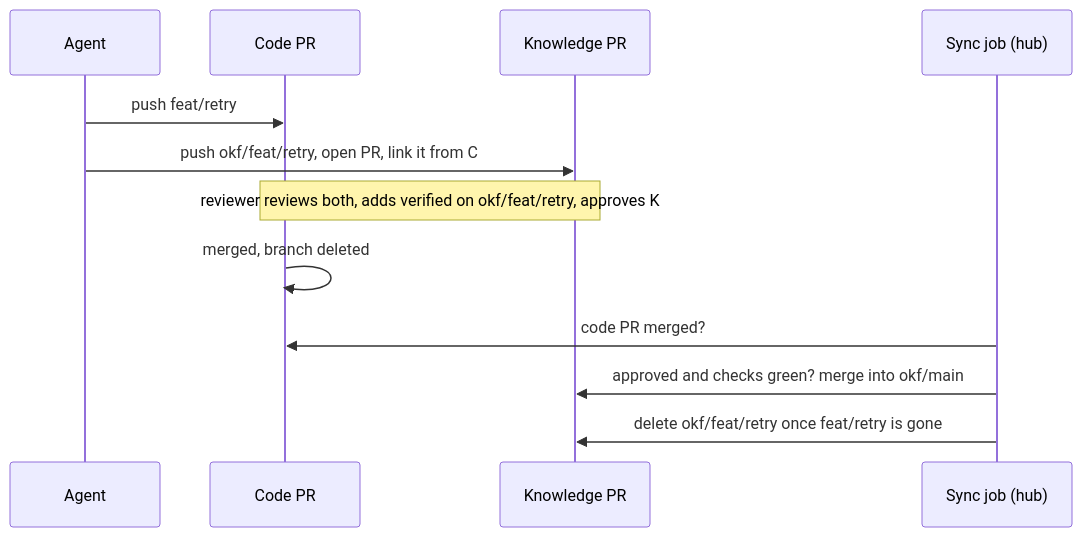
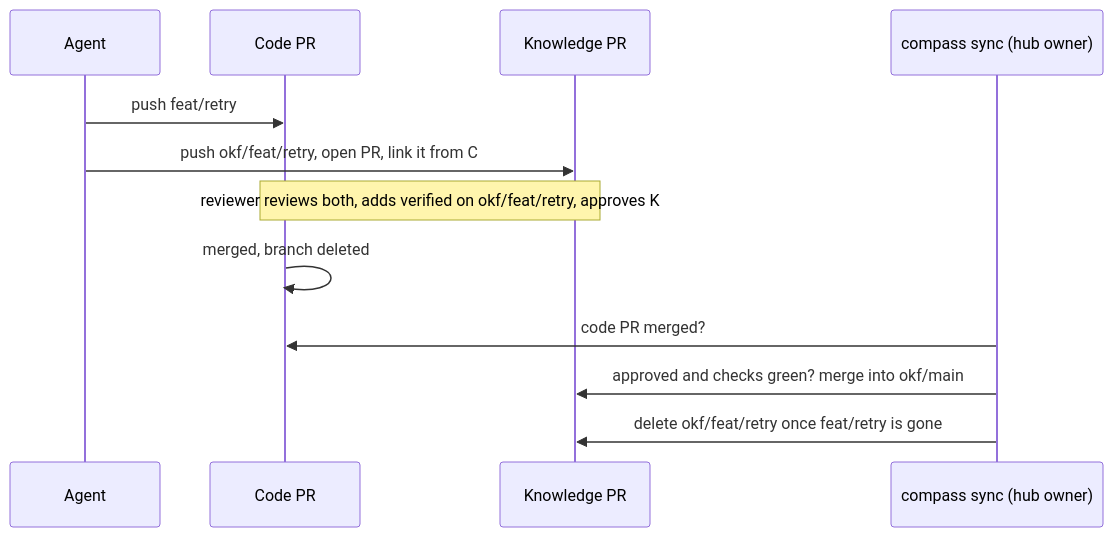
Before and after one commit to tuan-nng/compass: the third of 4 diagrams in docs/design/okf-knowledge-system-ux.md, drawn with Mermaid. The commit also changed other lines of this file and 2 other files, not shown here.

First line of the commit message:
docs: describe compass in place of okf-tools scripts and hub CI

````diff
--- a/docs/design/okf-knowledge-system-ux.md
+++ b/docs/design/okf-knowledge-system-ux.md
@@ -504,14 +525,14 @@
 ```mermaid
 sequenceDiagram
   participant A as Agent
   participant C as Code PR
   participant K as Knowledge PR
-  participant S as Sync job (hub)
+  participant S as compass sync (hub owner)
   A->>C: push feat/retry
   A->>K: push okf/feat/retry, open PR, link it from C
   Note over C,K: reviewer reviews both, adds verified on okf/feat/retry, approves K
   C->>C: merged, branch deleted
   S->>C: code PR merged?
   S->>K: approved and checks green? merge into okf/main
   S->>K: delete okf/feat/retry once feat/retry is gone
 ```
````
